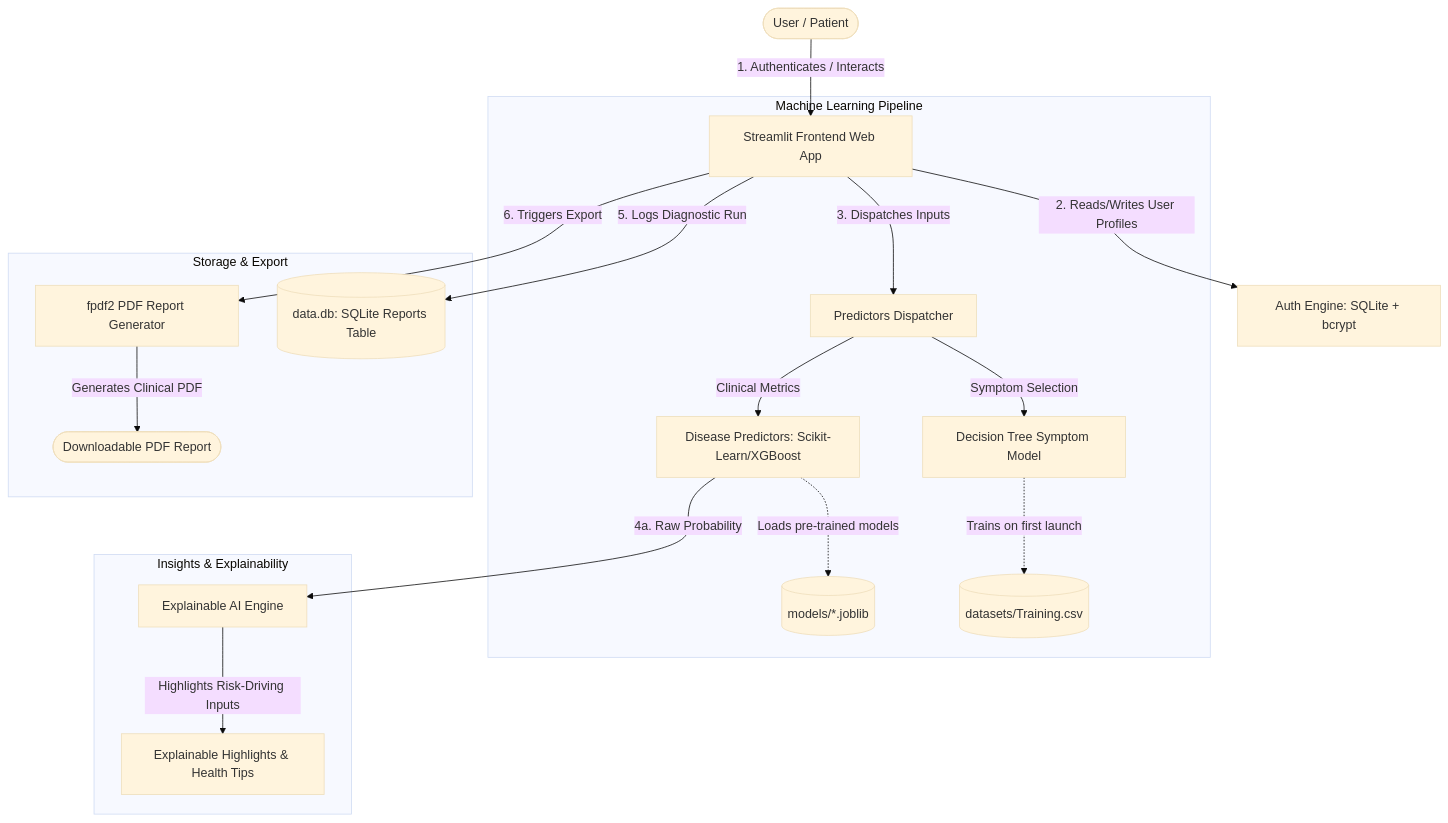
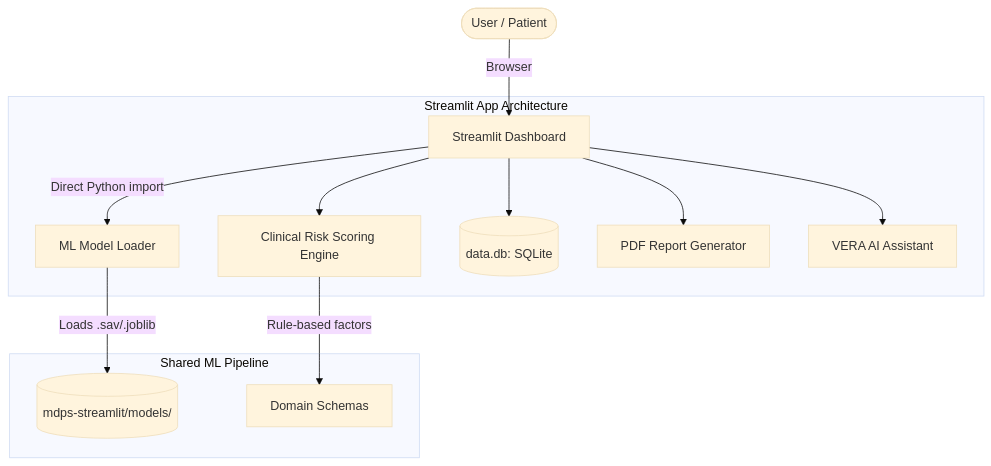
Before and after one commit to ankitsingathia/MDPS: the diagram in README.md, drawn with Mermaid (base theme). The commit also changed other lines of this file and 72 other files, not shown here.

Commit message:
Streamline application architecture

````diff
--- a/README.md
+++ b/README.md
@@ -17,24 +17,17 @@
 ```mermaid
 graph TD
-    User([User / Patient]) -->|1. Authenticates / Interacts| UI[Streamlit Frontend Web App]
-    UI -->|2. Reads/Writes User Profiles| Auth[Auth Engine: SQLite + bcrypt]
-    
-    subgraph Machine Learning Pipeline
-        UI -->|3. Dispatches Inputs| Pred[Predictors Dispatcher]
-        Pred -->|Symptom Selection| DT[Decision Tree Symptom Model]
-        Pred -->|Clinical Metrics| ML[Disease Predictors: Scikit-Learn/XGBoost]
-        DT -.->|Trains on first launch| DataCSV[(datasets/Training.csv)]
-        ML -.->|Loads pre-trained models| ModelsFolder[(models/*.joblib)]
+    User([User / Patient]) -->|Browser| ST[Streamlit Dashboard]
+
+    subgraph Streamlit App Architecture
+        ST -->|Direct Python import| Models[ML Model Loader]
+        ST --> Scoring[Clinical Risk Scoring Engine]
+        ST --> DB[(data.db: SQLite)]
+        ST --> PDF[PDF Report Generator]
+        ST --> VERA[VERA AI Assistant]
     end
-    
-    subgraph Insights & Explainability
-        ML -->|4a. Raw Probability| XAI[Explainable AI Engine]
-        XAI -->|Highlights Risk-Driving Inputs| Explanations[Explainable Highlights & Health Tips]
-    end
-    
-    subgraph Storage & Export
-        UI -->|5. Logs Diagnostic Run| DB[(data.db: SQLite Reports Table)]
-        UI -->|6. Triggers Export| PDF[fpdf2 PDF Report Generator]
-        PDF -->|Generates Clinical PDF| Download([Downloadable PDF Report])
+
+    subgraph Shared ML Pipeline
+        Models -->|Loads .sav/.joblib| ModelsDir[(mdps-streamlit/models/)]
+        Scoring -->|Rule-based factors| Schemas[Domain Schemas]
     end
 ```
````
